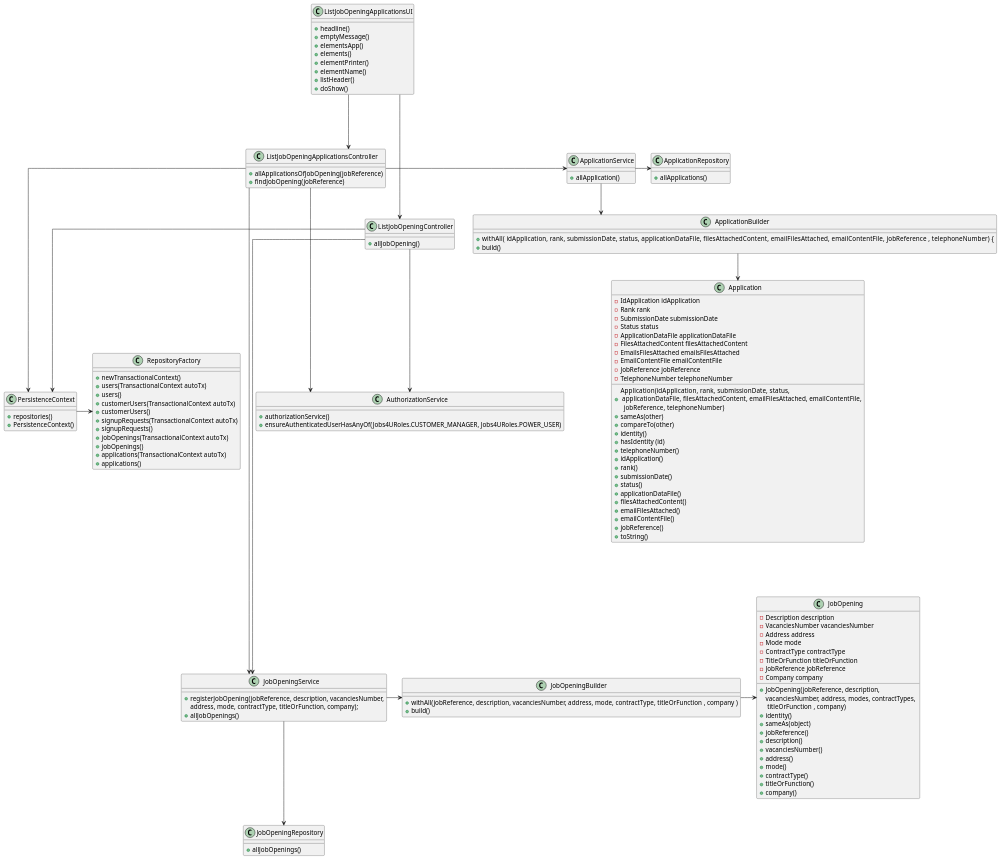
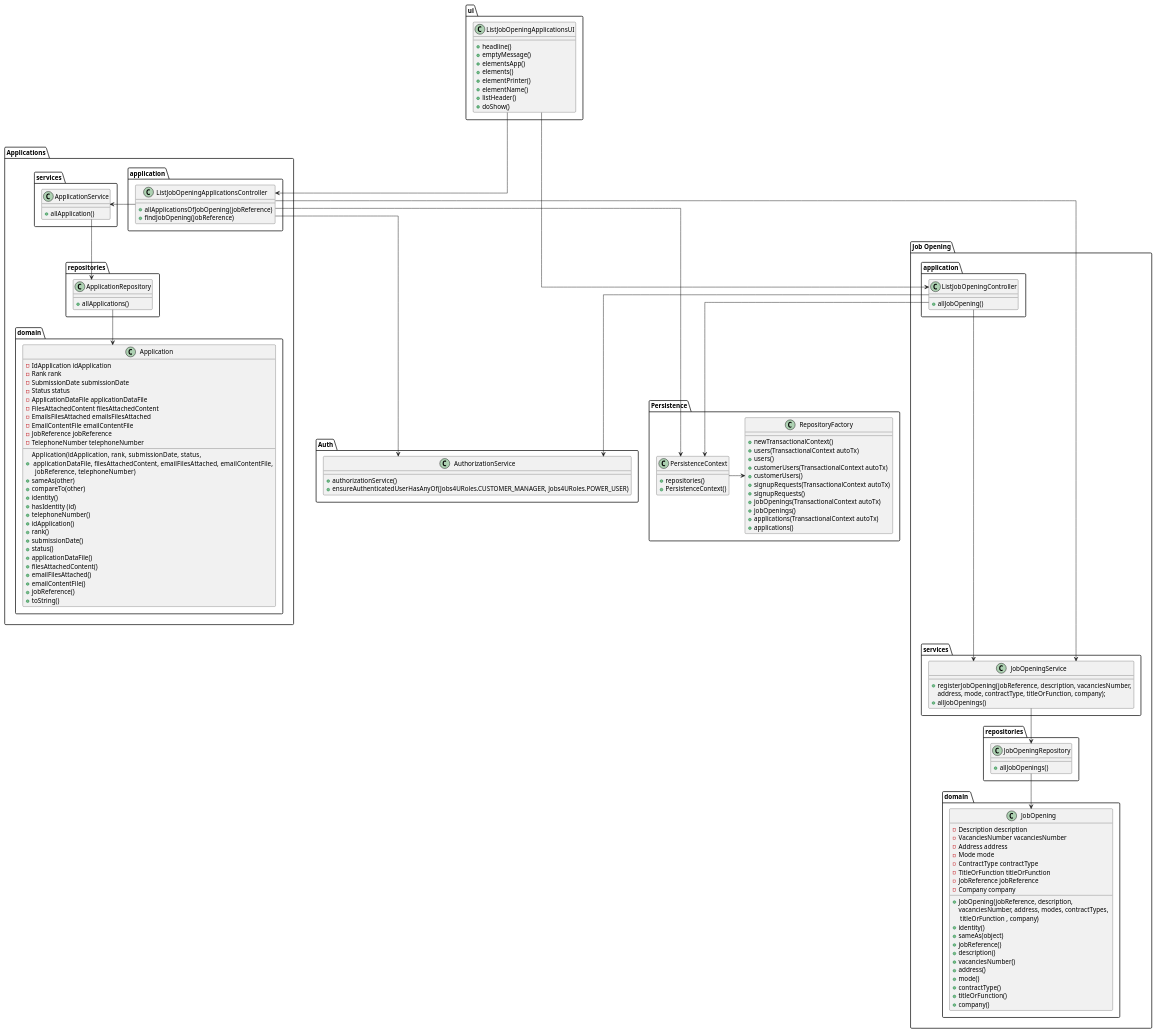
Before and after one commit to MiguelCardoso77/LAPR4: the diagram in docs/SprintB/list-job-openings'-application/class-diagram.puml, drawn with PlantUML. The commit also changed 7 other files, not shown here.

```diff
--- a/docs/SprintB/list-job-openings'-application/class-diagram.puml
+++ b/docs/SprintB/list-job-openings'-application/class-diagram.puml
@@ -1,6 +1,8 @@
 @startuml
 skinparam linetype ortho
 top to bottom direction
+
+package "ui"{
 
 class ListJobOpeningApplicationsUI{
     + headline()
@@ -12,17 +14,24 @@
     + listHeader()
     + doShow()
 }
+}
 
 
-class ListJobOpeningController {
-    + allJobOpening()
-}
 
-class ListJobOpeningApplicationsController{
-    + allApplicationsOfJobOpening(jobReference)
-    + findJobOpening(jobReference)
-}
 
+
+
+
+
+  package "Job Opening"{
+
+package "application"{
+  class ListJobOpeningController {
+      + allJobOpening()
+  }
+  }
+
+  package "domain " {
 class JobOpening {
    - Description description
    - VacanciesNumber vacanciesNumber
@@ -46,21 +55,39 @@
    + titleOrFunction()
    + company()
 }
+}
 
+
+package "repositories"{
 class JobOpeningRepository {
     + allJobOpenings()
 }
+}
 
+ package "services"{
 class JobOpeningService {
     + registerJobOpening(jobReference, description, vacanciesNumber,
     address, mode, contractType, titleOrFunction, company);
     + allJobOpenings()
 }
+}
+}
 
-class JobOpeningBuilder {
-    + withAll(jobReference, description, vacanciesNumber, address, mode, contractType, titleOrFunction , company )
-    + build()
+
+
+
+
+package "Applications" {
+
+package "application" {
+
+
+class ListJobOpeningApplicationsController{
+    + allApplicationsOfJobOpening(jobReference)
+    + findJobOpening(jobReference)
 }
+}
+    package "domain"{
 
 class Application{
     - IdApplication idApplication
@@ -92,18 +119,19 @@
     + toString()
 
 }
+}
 
-class ApplicationBuilder{
 
-    + withAll( idApplication,  rank,  submissionDate,  status,  applicationDataFile,  filesAttachedContent,  emailFilesAttached,  emailContentFile,  jobReference ,  telephoneNumber) {
-    + build()
-}
+    package "repositories"{
 
 class ApplicationRepository{
 
     + allApplications()
 
 }
+}
+
+    package "services"{
 
 class ApplicationService{
 
@@ -111,13 +139,18 @@
 
 }
 
+}
+}
 
 
 
 
+package "Auth"{
+
 class AuthorizationService {
     + authorizationService()
     + ensureAuthenticatedUserHasAnyOf(Jobs4URoles.CUSTOMER_MANAGER, Jobs4URoles.POWER_USER)
+}
 }
 
 
@@ -125,11 +158,12 @@
 
 
 
-
+package "Persistence" {
 class PersistenceContext {
     + repositories()
     + PersistenceContext()
 }
+
 
 class RepositoryFactory{
     + newTransactionalContext()
@@ -143,6 +177,7 @@
     + jobOpenings()
     + applications(TransactionalContext autoTx)
     + applications()
+}
 }
 
 ListJobOpeningApplicationsUI --> ListJobOpeningApplicationsController
@@ -158,13 +193,11 @@
 
 ListJobOpeningApplicationsController ---> JobOpeningService
 JobOpeningService --> JobOpeningRepository
-JobOpeningService -> JobOpeningBuilder
-JobOpeningBuilder -> JobOpening
+JobOpeningRepository --> JobOpening
 
 ListJobOpeningApplicationsController -> ApplicationService
-ApplicationService -> ApplicationRepository
-ApplicationService --> ApplicationBuilder
-ApplicationBuilder --> Application
+ApplicationService --> ApplicationRepository
+ApplicationRepository --> Application
 
 
 
```
